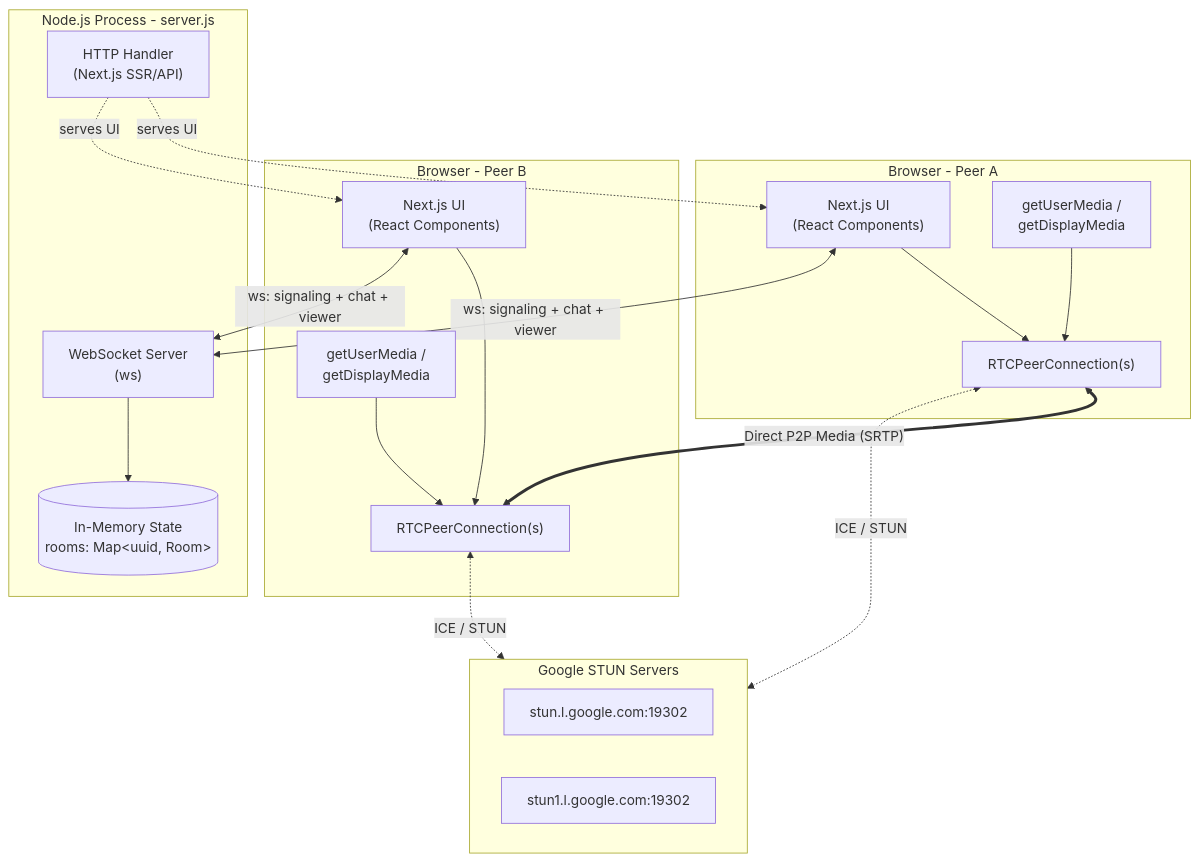
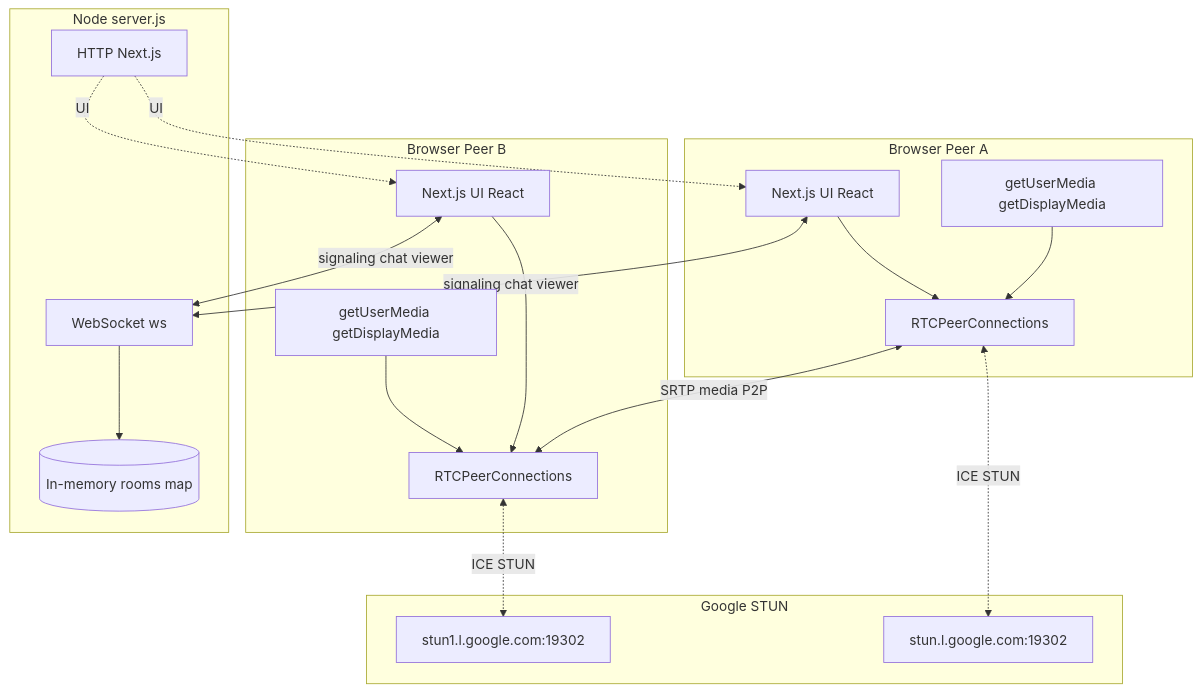
One commit to subhm2004/NexusRTC-Real-Time-Multi-Peer-Communication changed the first of 11 diagrams in README.md. Above: the diagram before and after it, drawn with Mermaid. The commit also changed other lines of this file, not shown here.

````diff
--- a/README.md
+++ b/README.md
@@ -123,38 +123,38 @@
 ```mermaid
 flowchart TB
-  subgraph Client_A["Browser - Peer A"]
-    UI_A["Next.js UI<br/>(React Components)"]
-    RTC_A["RTCPeerConnection(s)"]
-    Media_A["getUserMedia /<br/>getDisplayMedia"]
+  subgraph Client_A["Browser Peer A"]
+    UI_A["Next.js UI React"]
+    RTC_A["RTCPeerConnections"]
+    Media_A["getUserMedia getDisplayMedia"]
     UI_A --> RTC_A
     Media_A --> RTC_A
   end
 
-  subgraph Client_B["Browser - Peer B"]
-    UI_B["Next.js UI<br/>(React Components)"]
-    RTC_B["RTCPeerConnection(s)"]
-    Media_B["getUserMedia /<br/>getDisplayMedia"]
+  subgraph Client_B["Browser Peer B"]
+    UI_B["Next.js UI React"]
+    RTC_B["RTCPeerConnections"]
+    Media_B["getUserMedia getDisplayMedia"]
     UI_B --> RTC_B
     Media_B --> RTC_B
   end
 
-  subgraph Server["Node.js Process - server.js"]
-    HTTP["HTTP Handler<br/>(Next.js SSR/API)"]
-    WSS["WebSocket Server<br/>(ws)"]
-    State[("In-Memory State<br/>rooms: Map&lt;uuid, Room&gt;")]
-    HTTP -.serves UI.-> UI_A
-    HTTP -.serves UI.-> UI_B
+  subgraph Server["Node server.js"]
+    HTTP["HTTP Next.js"]
+    WSS["WebSocket ws"]
+    State[("In-memory rooms map")]
+    HTTP -. UI .-> UI_A
+    HTTP -. UI .-> UI_B
     WSS --> State
   end
 
-  subgraph STUN["Google STUN Servers"]
+  subgraph STUN["Google STUN"]
     S1["stun.l.google.com:19302"]
     S2["stun1.l.google.com:19302"]
   end
 
-  UI_A <-- "ws: signaling + chat + viewer" --> WSS
-  UI_B <-- "ws: signaling + chat + viewer" --> WSS
-  RTC_A <-. "ICE / STUN" .-> STUN
-  RTC_B <-. "ICE / STUN" .-> STUN
-  RTC_A <== "Direct P2P Media (SRTP)" ==> RTC_B
+  UI_A <-->|signaling chat viewer| WSS
+  UI_B <-->|signaling chat viewer| WSS
+  RTC_A <-. ICE STUN .-> S1
+  RTC_B <-. ICE STUN .-> S2
+  RTC_A <-->|SRTP media P2P| RTC_B
 ```
````
